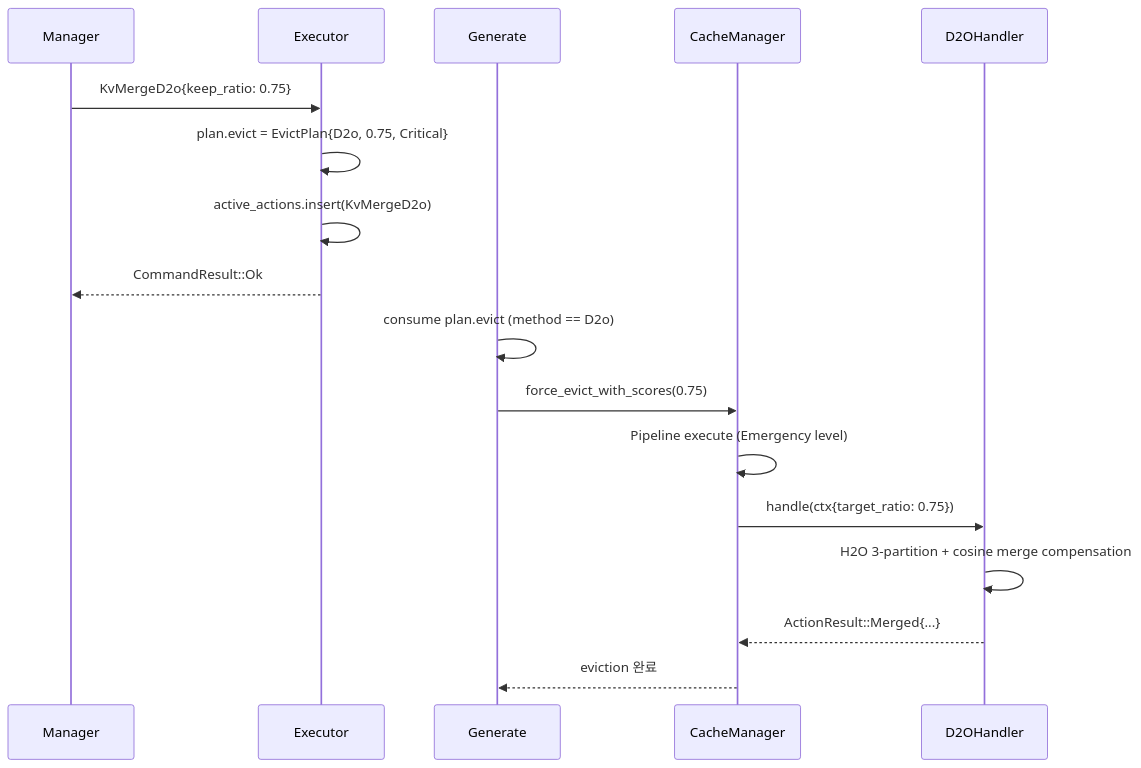
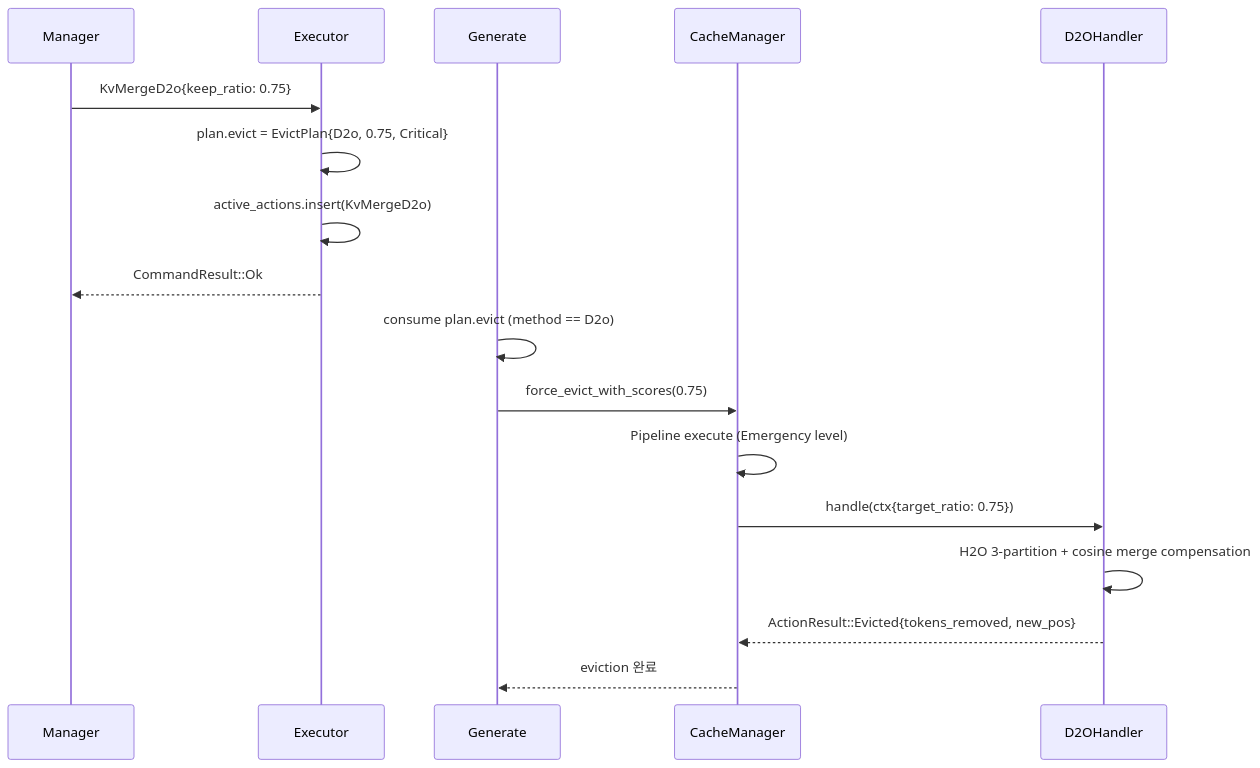
One commit to hedone21/llm_rs2 changed the fifth of 5 diagrams in arch/33-engine-data.md. Above: the diagram before and after it, drawn with Mermaid. The commit also changed other lines of this file and 10 other files, not shown here.

````diff
--- a/arch/33-engine-data.md
+++ b/arch/33-engine-data.md
@@ -419,20 +419,20 @@
 ```mermaid
 sequenceDiagram
     participant M as Manager
     participant E as Executor
     participant G as Generate
     participant CM as CacheManager
     participant D as D2OHandler
 
     M->>E: KvMergeD2o{keep_ratio: 0.75}
     E->>E: plan.evict = EvictPlan{D2o, 0.75, Critical}
     E->>E: active_actions.insert(KvMergeD2o)
     E-->>M: CommandResult::Ok
     G->>G: consume plan.evict (method == D2o)
     G->>CM: force_evict_with_scores(0.75)
     CM->>CM: Pipeline execute (Emergency level)
     CM->>D: handle(ctx{target_ratio: 0.75})
     D->>D: H2O 3-partition + cosine merge compensation
-    D-->>CM: ActionResult::Merged{...}
+    D-->>CM: ActionResult::Evicted{tokens_removed, new_pos}
     CM-->>G: eviction 완료
 ```
````
